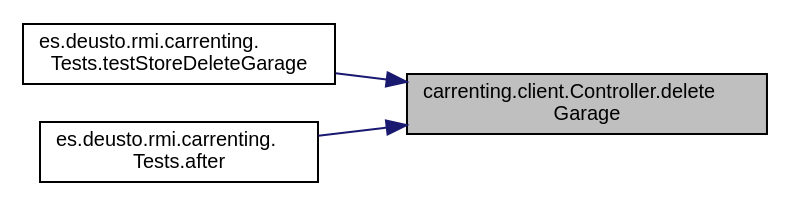
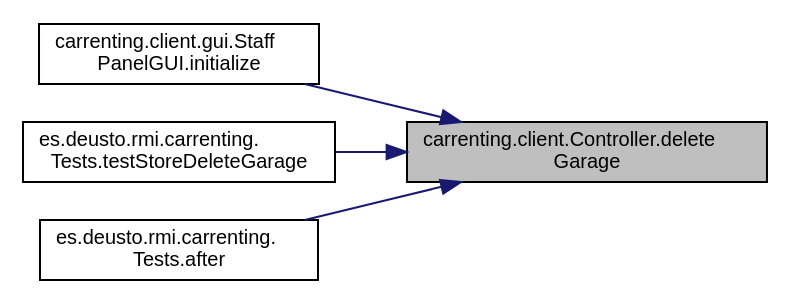
Before and after one commit to BSPQ18-19/BSPQ19-E4: the diagram in docs/classcarrenting_1_1client_1_1_controller_a41f7110cdb9a72be3de30b5ddd7ac8e3_icgraph.dot, drawn with Graphviz. The commit also changed 407 other files, not shown here.

```diff
--- a/docs/classcarrenting_1_1client_1_1_controller_a41f7110cdb9a72be3de30b5ddd7ac8e3_icgraph.dot
+++ b/docs/classcarrenting_1_1client_1_1_controller_a41f7110cdb9a72be3de30b5ddd7ac8e3_icgraph.dot
@@ -1,12 +1,14 @@
 digraph "carrenting.client.Controller.deleteGarage"
 {
  // LATEX_PDF_SIZE
   edge [fontname="Helvetica",fontsize="10",labelfontname="Helvetica",labelfontsize="10"];
   node [fontname="Helvetica",fontsize="10",shape=record];
   rankdir="RL";
-  Node41 [label="carrenting.client.Controller.delete\lGarage",height=0.2,width=0.4,color="black", fillcolor="grey75", style="filled", fontcolor="black",tooltip=" "];
-  Node41 -> Node42 [dir="back",color="midnightblue",fontsize="10",style="solid",fontname="Helvetica"];
-  Node42 [label="es.deusto.rmi.carrenting.\lTests.testStoreDeleteGarage",height=0.2,width=0.4,color="black", fillcolor="white", style="filled",URL="$classes_1_1deusto_1_1rmi_1_1carrenting_1_1_tests.html#afc6f67fefbb2274c222cc554412d85c4",tooltip=" "];
-  Node41 -> Node43 [dir="back",color="midnightblue",fontsize="10",style="solid",fontname="Helvetica"];
-  Node43 [label="es.deusto.rmi.carrenting.\lTests.after",height=0.2,width=0.4,color="black", fillcolor="white", style="filled",URL="$classes_1_1deusto_1_1rmi_1_1carrenting_1_1_tests.html#ae178c6eeb0adf18db0b0463190ecb073",tooltip=" "];
+  Node49 [label="carrenting.client.Controller.delete\lGarage",height=0.2,width=0.4,color="black", fillcolor="grey75", style="filled", fontcolor="black",tooltip=" "];
+  Node49 -> Node50 [dir="back",color="midnightblue",fontsize="10",style="solid",fontname="Helvetica"];
+  Node50 [label="carrenting.client.gui.Staff\lPanelGUI.initialize",height=0.2,width=0.4,color="black", fillcolor="white", style="filled",URL="$classcarrenting_1_1client_1_1gui_1_1_staff_panel_g_u_i.html#aa2e22ff26b5539e2f2b4fdaf3e948802",tooltip=" "];
+  Node49 -> Node51 [dir="back",color="midnightblue",fontsize="10",style="solid",fontname="Helvetica"];
+  Node51 [label="es.deusto.rmi.carrenting.\lTests.testStoreDeleteGarage",height=0.2,width=0.4,color="black", fillcolor="white", style="filled",URL="$classes_1_1deusto_1_1rmi_1_1carrenting_1_1_tests.html#afc6f67fefbb2274c222cc554412d85c4",tooltip=" "];
+  Node49 -> Node52 [dir="back",color="midnightblue",fontsize="10",style="solid",fontname="Helvetica"];
+  Node52 [label="es.deusto.rmi.carrenting.\lTests.after",height=0.2,width=0.4,color="black", fillcolor="white", style="filled",URL="$classes_1_1deusto_1_1rmi_1_1carrenting_1_1_tests.html#ae178c6eeb0adf18db0b0463190ecb073",tooltip=" "];
 }
```
